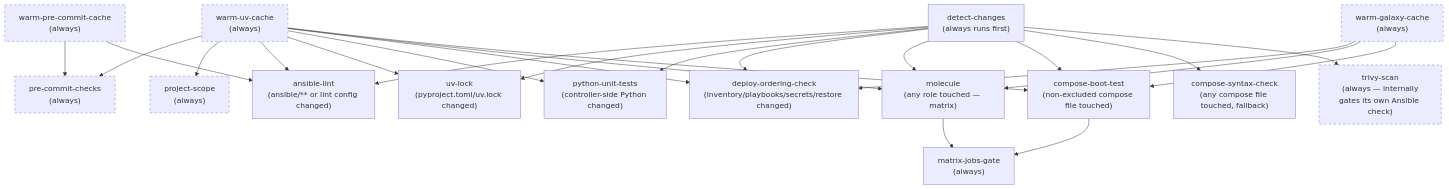
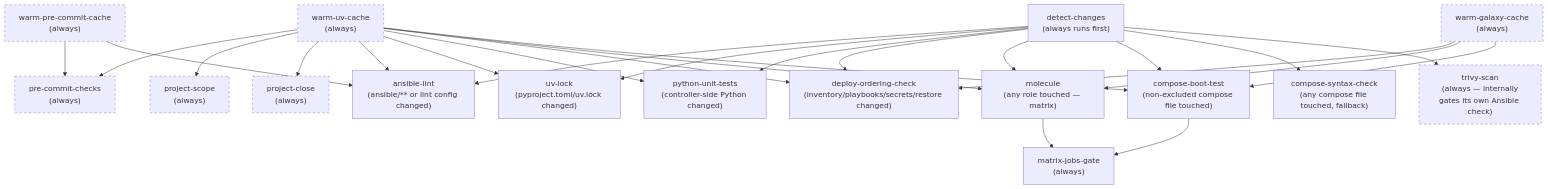
Before and after one commit to wenenhoe/homelab: the diagram in docs/ci.md, drawn with Mermaid. The commit also changed other lines of this file and 3 other files, not shown here.

Commit message:
feat: Wire check project close into ci and precmt

````diff
--- a/docs/ci.md
+++ b/docs/ci.md
@@ -83,33 +84,35 @@
 ```mermaid
 flowchart TD
     detect["detect-changes<br/>(always runs first)"]
     warmuv["warm-uv-cache<br/>(always)"]
     warmgalaxy["warm-galaxy-cache<br/>(always)"]
     warmprecommit["warm-pre-commit-cache<br/>(always)"]
     precommit["pre-commit-checks<br/>(always)"]
     scope["project-scope<br/>(always)"]
+    close["project-close<br/>(always)"]
     trivy["trivy-scan<br/>(always — internally<br/>gates its own Ansible check)"]
     lint["ansible-lint<br/>(ansible/** or lint config changed)"]
     uvlock["uv-lock<br/>(pyproject.toml/uv.lock changed)"]
     pytest["python-unit-tests<br/>(controller-side Python changed)"]
     deployorder["deploy-ordering-check<br/>(inventory/playbooks/secrets/restore changed)"]
     molecule["molecule<br/>(any role touched — matrix)"]
     boottest["compose-boot-test<br/>(non-excluded compose file touched)"]
     synchk["compose-syntax-check<br/>(any compose file touched, fallback)"]
     gate["matrix-jobs-gate<br/>(always)"]
 
     detect --> lint & uvlock & pytest & deployorder & molecule & boottest & synchk
     detect --> trivy
-    warmuv --> precommit & scope & lint & uvlock & pytest & deployorder & molecule & boottest
+    warmuv --> precommit & scope & close & lint & uvlock & pytest & deployorder & molecule & boottest
     warmgalaxy --> deployorder & molecule & boottest
     warmprecommit --> precommit & lint
     molecule --> gate
     boottest --> gate
 
     style precommit stroke-dasharray: 5 5
     style scope stroke-dasharray: 5 5
+    style close stroke-dasharray: 5 5
     style trivy stroke-dasharray: 5 5
     style warmuv stroke-dasharray: 5 5
     style warmgalaxy stroke-dasharray: 5 5
     style warmprecommit stroke-dasharray: 5 5
 ```
````
